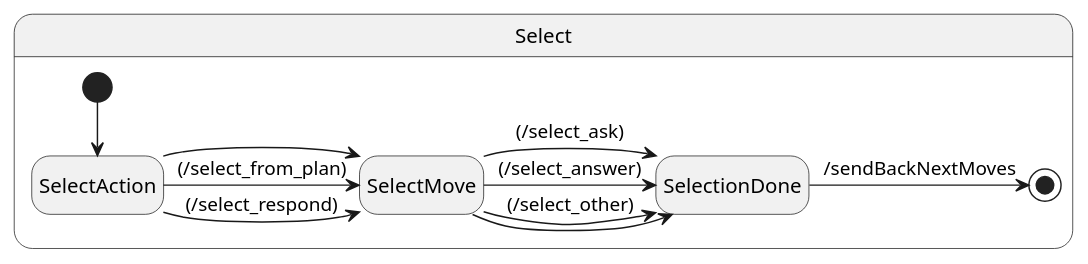
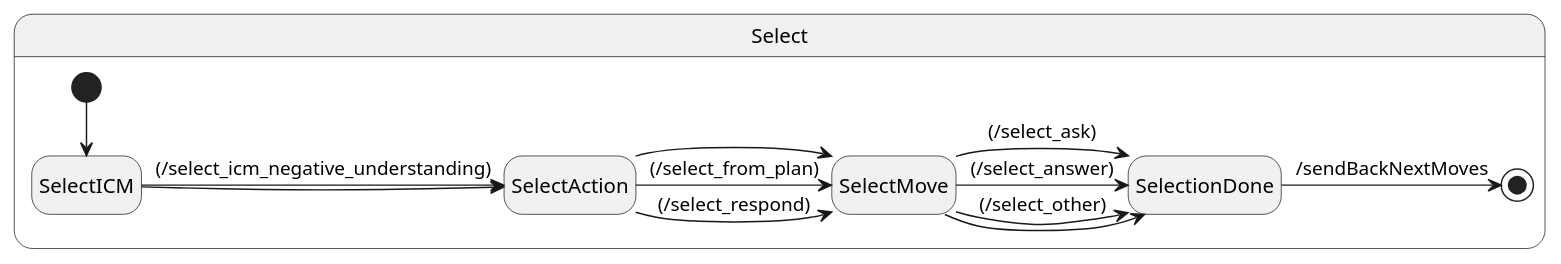
The third of 5 diagrams in reports/iwsds2025/iwsds2025.org (GU-CLASP/sisu), drawn with PlantUML before and after one commit. The commit also changed other lines of this file and 1 other file, not shown here.

```diff
--- a/reports/iwsds2025/iwsds2025.org
+++ b/reports/iwsds2025/iwsds2025.org
@@ -248,16 +259,18 @@
 #+begin_src plantuml :results value file :file img/select.pdf :exports results
   hide empty description
   state Select {
     state SelectAction
     state SelectMove
-    [*] --> SelectAction
+    [*] --> SelectICM
+    SelectICM -> SelectAction: (/select_icm_negative_understanding)
+    SelectICM -> SelectAction
     SelectAction -> SelectMove: (/select_respond)
     SelectAction -> SelectMove: (/select_from_plan)
     SelectAction -> SelectMove
     SelectMove -> SelectionDone: (/select_ask)
     SelectMove -> SelectionDone: (/select_answer)
     SelectMove -> SelectionDone: (/select_other)
     SelectMove -> SelectionDone
     SelectionDone -> [*]: /sendBackNextMoves
   }
 #+end_src
```
